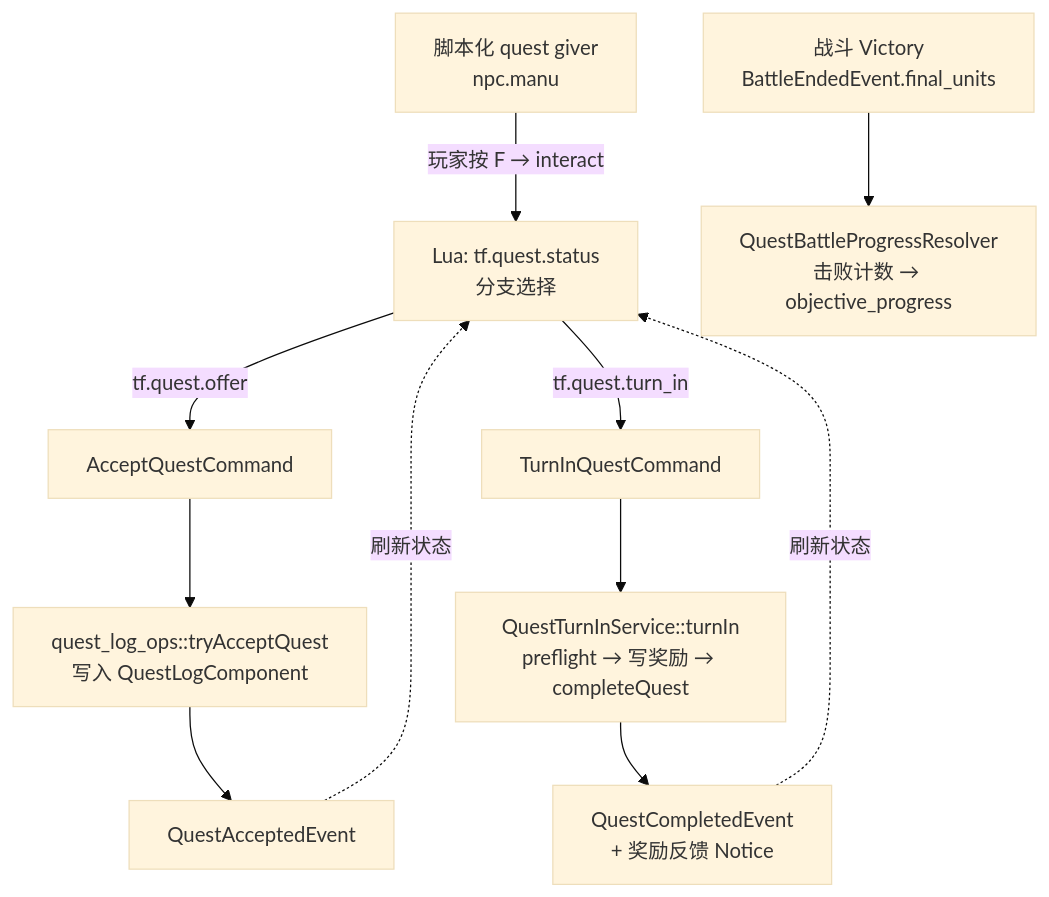
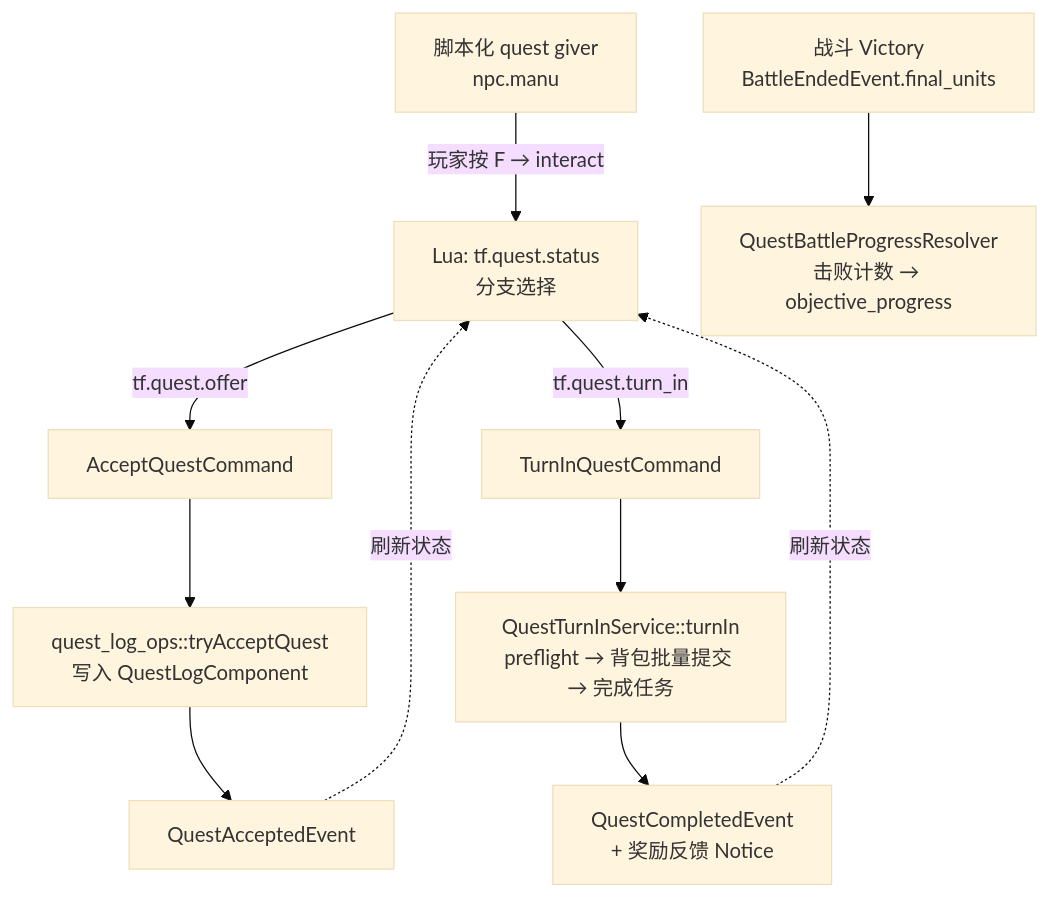
The first of 6 diagrams in lecture_plans/lectures/10-任务系统.md (WispSnow/TinyFarmRPG), drawn with Mermaid (base theme) before and after one commit. The commit also changed other lines of this file and 11 other files, not shown here.

````diff
--- a/lecture_plans/lectures/10-任务系统.md
+++ b/lecture_plans/lectures/10-任务系统.md
@@ -72,13 +72,13 @@
 ```mermaid
 flowchart TD
     NPC["脚本化 quest giver<br/>npc.manu"] -->|"玩家按 F → interact"| LUA["Lua: tf.quest.status<br/>分支选择"]
     LUA -->|"tf.quest.offer"| ACC["AcceptQuestCommand"]
     ACC --> OPS["quest_log_ops::tryAcceptQuest<br/>写入 QuestLogComponent"]
     OPS --> EVA["QuestAcceptedEvent"]
     BATTLE["战斗 Victory<br/>BattleEndedEvent.final_units"] --> BPR["QuestBattleProgressResolver<br/>击败计数 → objective_progress"]
     LUA -->|"tf.quest.turn_in"| TIN["TurnInQuestCommand"]
-    TIN --> TIS["QuestTurnInService::turnIn<br/>preflight → 写奖励 → completeQuest"]
+    TIN --> TIS["QuestTurnInService::turnIn<br/>preflight → 背包批量提交 → 完成任务"]
     TIS --> EVC["QuestCompletedEvent<br/>+ 奖励反馈 Notice"]
     EVA -.->|"刷新状态"| LUA
     EVC -.->|"刷新状态"| LUA
 ```
````
